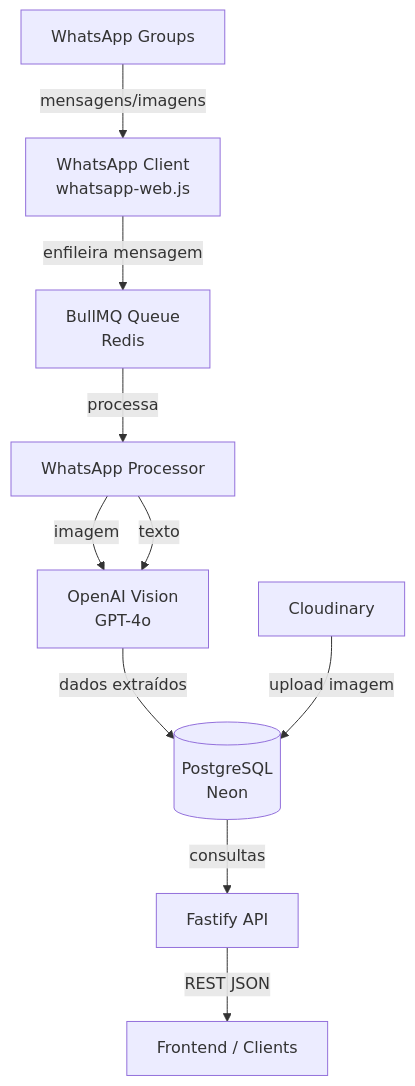
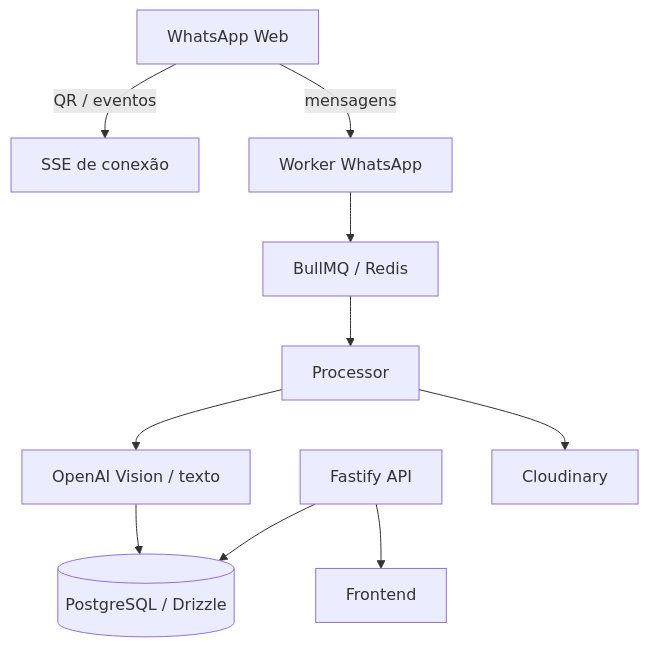
Before and after one commit to carlosribeiro25/automacao-vagas-whatsapp: the first of 4 diagrams in README.md, drawn with Mermaid. The commit also changed other lines of this file, not shown here.

````diff
--- a/README.md
+++ b/README.md
@@ -9,12 +9,12 @@
 ```mermaid
 graph TD
-    WA[WhatsApp Groups] -->|mensagens/imagens| WC[WhatsApp Client\nwhatsapp-web.js]
-    WC -->|enfileira mensagem| BQ[BullMQ Queue\nRedis]
-    BQ -->|processa| WP[WhatsApp Processor]
-    WP -->|imagem| AI[OpenAI Vision\nGPT-4o]
-    WP -->|texto| AI
-    AI -->|dados extraídos| DB[(PostgreSQL\nNeon)]
-    DB -->|consultas| API[Fastify API]
-    API -->|REST JSON| FE[Frontend / Clients]
-    CD[Cloudinary] -->|upload imagem| DB
+    WA[WhatsApp Web] -->|QR / eventos| SSE[SSE de conexão]
+    WA -->|mensagens| W[Worker WhatsApp]
+    W --> Q[BullMQ / Redis]
+    Q --> P[Processor]
+    P --> AI[OpenAI Vision / texto]
+    AI --> DB[(PostgreSQL / Drizzle)]
+    API[Fastify API] --> DB
+    API --> FE[Frontend]
+    P --> CDN[Cloudinary]
 ```
````
